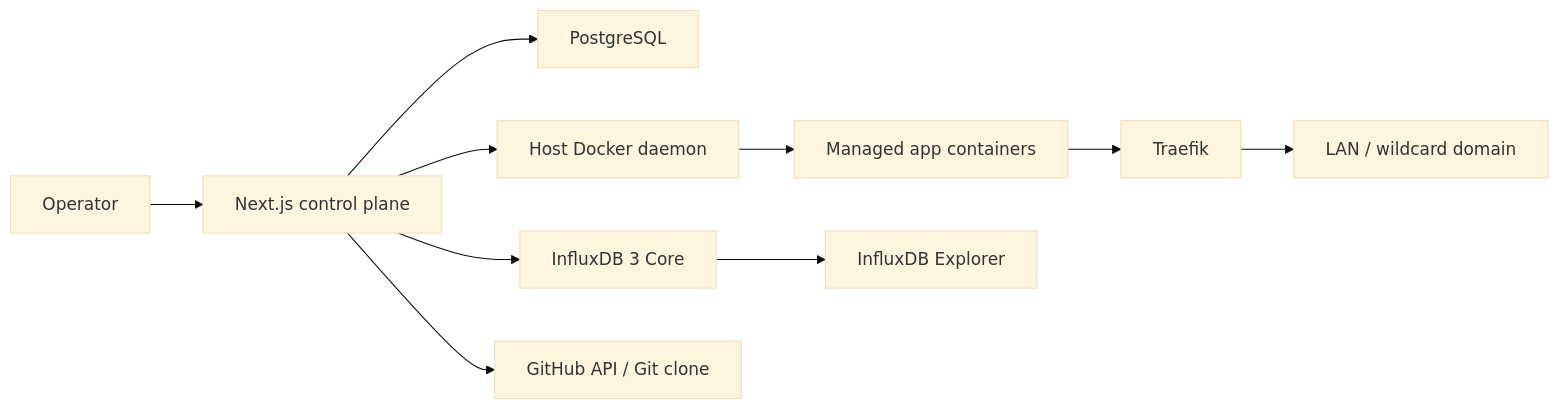
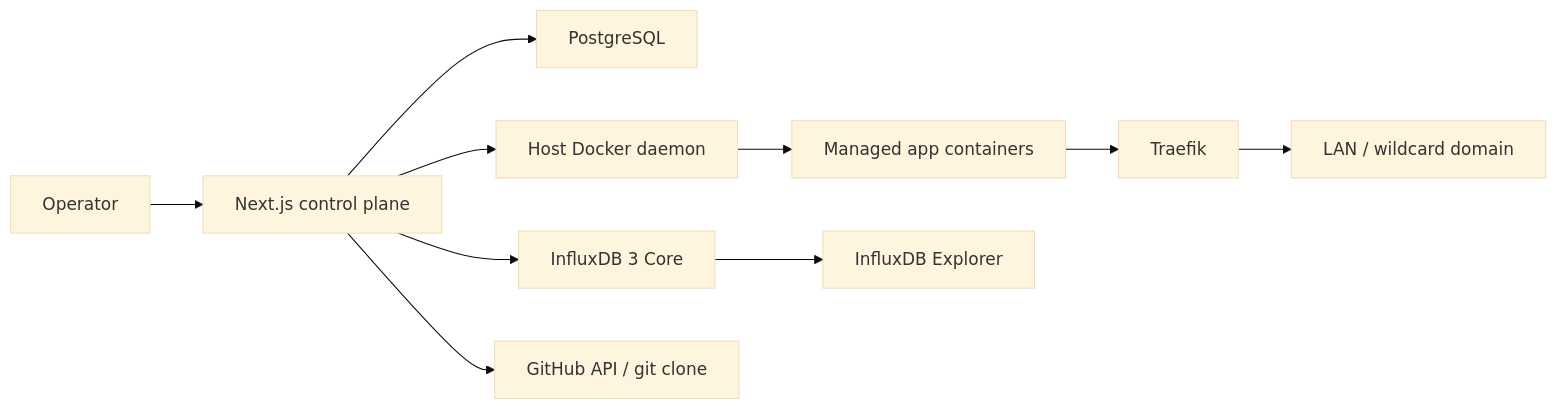
Before and after one commit to dedkola/vercelab: the diagram in README.md, drawn with Mermaid (base theme). The commit also changed other lines of this file, not shown here.

````diff
--- a/README.md
+++ b/README.md
@@ -73,12 +51,12 @@
 ```mermaid
 flowchart LR
   user["Operator"] --> ui["Next.js control plane"]
   ui --> pg["PostgreSQL"]
   ui --> influx["InfluxDB 3 Core"]
   ui --> docker["Host Docker daemon"]
-  ui --> gh["GitHub API / Git clone"]
+  ui --> gh["GitHub API / git clone"]
   docker --> app["Managed app containers"]
   app --> traefik["Traefik"]
   traefik --> lan["LAN / wildcard domain"]
   influx --> explorer["InfluxDB Explorer"]
 ```
````
